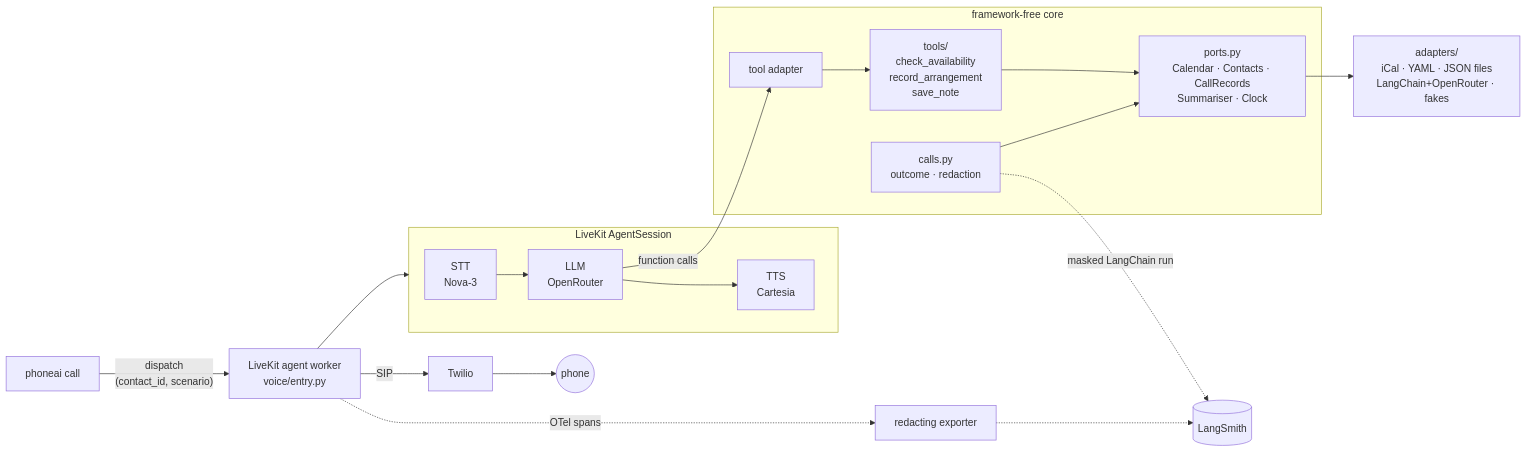
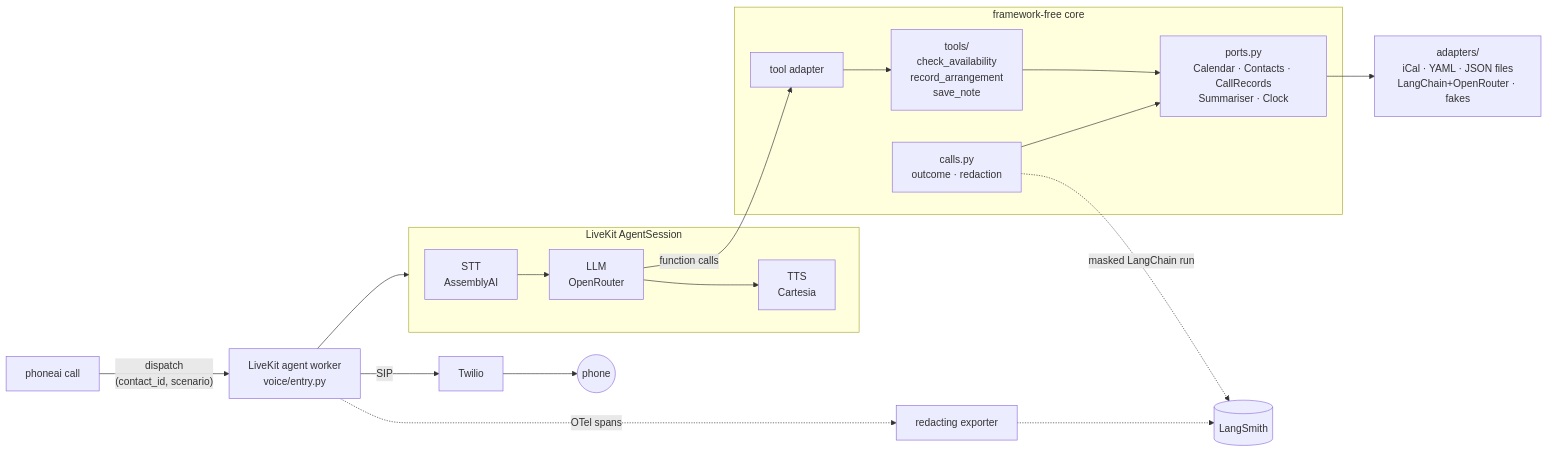
One commit to sattaman/phoneai changed the diagram in README.md. Above: the diagram before and after it, drawn with Mermaid. The commit also changed other lines of this file and 4 other files, not shown here.

First line of the commit message:
Switch default STT to AssemblyAI Universal-3.6 (en-GB) after phone-audio comparison

````diff
--- a/README.md
+++ b/README.md
@@ -60,18 +60,18 @@
 ```mermaid
 flowchart LR
   CLI["phoneai call"] -- dispatch<br/>(contact_id, scenario) --> W["LiveKit agent worker<br/>voice/entry.py"]
   W -- SIP --> T["Twilio"] --> P(("phone"))
   subgraph voice ["LiveKit AgentSession"]
-    STT["STT<br/>Nova-3"] --> LLM["LLM<br/>OpenRouter"] --> TTS["TTS<br/>Cartesia"]
+    STT["STT<br/>AssemblyAI"] --> LLM["LLM<br/>OpenRouter"] --> TTS["TTS<br/>Cartesia"]
   end
   W --> voice
   LLM -- function calls --> TA["tool adapter"]
   subgraph core ["framework-free core"]
     TA --> Tools["tools/<br/>check_availability<br/>record_arrangement<br/>save_note"]
     Tools --> Ports["ports.py<br/>Calendar · Contacts · CallRecords<br/>Summariser · Clock"]
     Calls["calls.py<br/>outcome · redaction"] --> Ports
   end
   Ports --> A["adapters/<br/>iCal · YAML · JSON files<br/>LangChain+OpenRouter · fakes"]
   W -. OTel spans .-> R["redacting exporter"] -.-> LS[("LangSmith")]
   Calls -. masked LangChain run .-> LS
 ```
````
